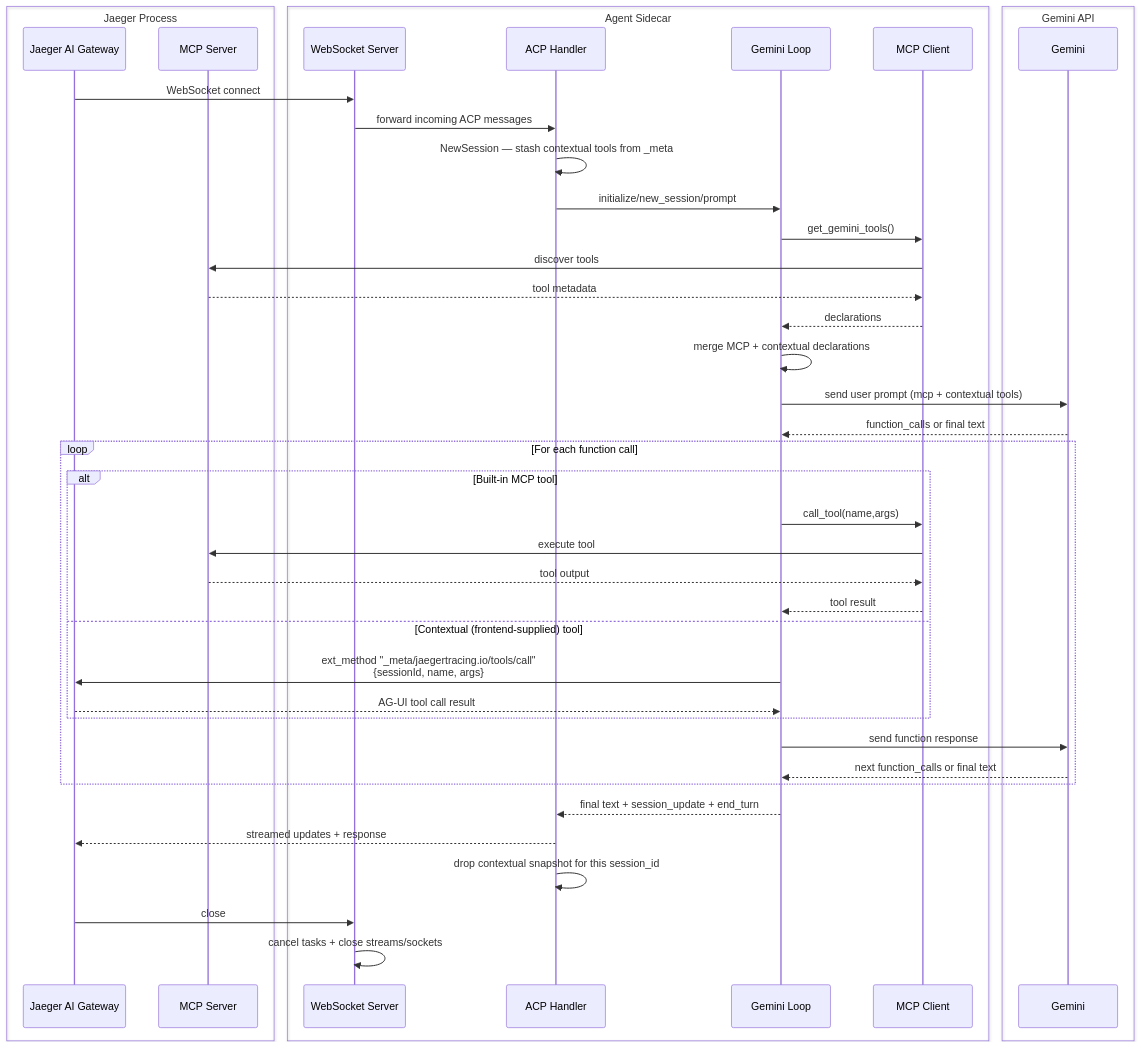
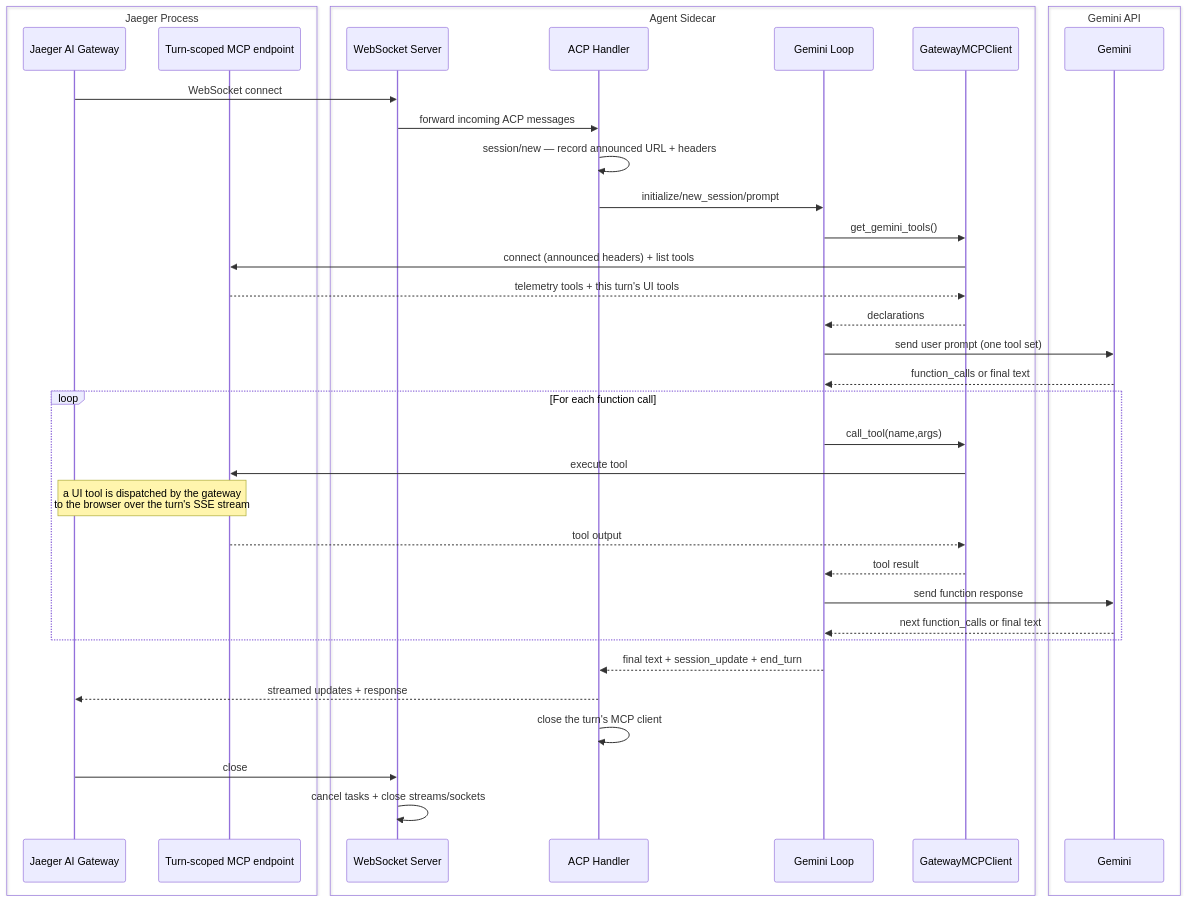
The second of 2 diagrams in scripts/ai-sidecar/gemini/README.md (jaegertracing/jaeger), drawn with Mermaid before and after one commit. The commit also changed other lines of this file and 11 other files, not shown here.

Commit message:
feat(ai-sidecar): Dial the gateway MCP endpoint as the sidecar's only tool egress

````diff
--- a/scripts/ai-sidecar/gemini/README.md
+++ b/scripts/ai-sidecar/gemini/README.md
@@ -158,51 +157,46 @@
 ```mermaid
 sequenceDiagram
     box Jaeger Process
         participant GW as Jaeger AI Gateway
-        participant JMCP as MCP Server
+        participant JMCP as Turn-scoped MCP endpoint
     end
     box Agent Sidecar
         participant HW as WebSocket Server
         participant ACP as ACP Handler
         participant GL as Gemini Loop
-        participant MCP as MCP Client
+        participant MCP as GatewayMCPClient
     end
     box Gemini API
         participant GEM as Gemini
     end
 
     GW->>HW: WebSocket connect
     HW->>ACP: forward incoming ACP messages
-    ACP->>ACP: NewSession — stash contextual tools from _meta
+    ACP->>ACP: session/new — record announced URL + headers
     ACP->>GL: initialize/new_session/prompt
 
     GL->>MCP: get_gemini_tools()
-    MCP->>JMCP: discover tools
-    JMCP-->>MCP: tool metadata
+    MCP->>JMCP: connect (announced headers) + list tools
+    JMCP-->>MCP: telemetry tools + this turn's UI tools
     MCP-->>GL: declarations
-    GL->>GL: merge MCP + contextual declarations
 
-    GL->>GEM: send user prompt (mcp + contextual tools)
+    GL->>GEM: send user prompt (one tool set)
     GEM-->>GL: function_calls or final text
 
     loop For each function call
-        alt Built-in MCP tool
-            GL->>MCP: call_tool(name,args)
-            MCP->>JMCP: execute tool
-            JMCP-->>MCP: tool output
-            MCP-->>GL: tool result
-        else Contextual (frontend-supplied) tool
-            GL->>GW: ext_method "_meta/jaegertracing.io/tools/call"<br/>{sessionId, name, args}
-            GW-->>GL: AG-UI tool call result
-        end
+        GL->>MCP: call_tool(name,args)
+        MCP->>JMCP: execute tool
+        note over GW,JMCP: a UI tool is dispatched by the gateway<br/>to the browser over the turn's SSE stream
+        JMCP-->>MCP: tool output
+        MCP-->>GL: tool result
         GL->>GEM: send function response
         GEM-->>GL: next function_calls or final text
     end
 
     GL-->>ACP: final text + session_update + end_turn
     ACP-->>GW: streamed updates + response
-    ACP->>ACP: drop contextual snapshot for this session_id
+    ACP->>ACP: close the turn's MCP client
 
     GW->>HW: close
     HW->>HW: cancel tasks + close streams/sockets
 ```
````
